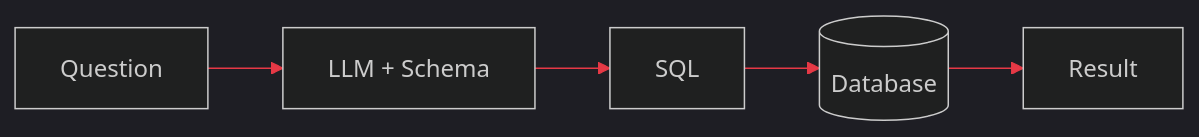
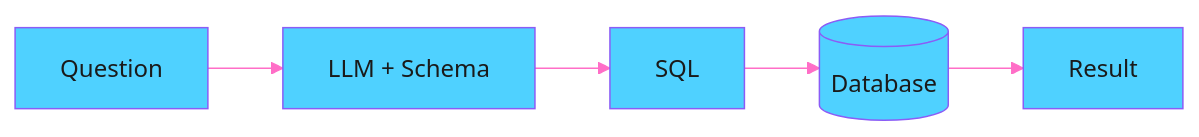
The second of 4 diagrams in README.md (ruthcaroliine/ruthcaroliine), drawn with Mermaid before and after one commit. The commit also changed other lines of this file, not shown here.

````diff
--- a/README.md
+++ b/README.md
@@ -66,8 +81,8 @@
 ```mermaid
-%%{init: {'theme':'dark', 'themeVariables': {'primaryColor':'#000000','primaryTextColor':'#ffffff','primaryBorderColor':'#E63946','lineColor':'#E63946','tertiaryColor':'#000000'}}}%%
+%%{init: {'theme':'base', 'themeVariables': {'primaryColor':'#4FD1FF','primaryTextColor':'#1a1a1a','primaryBorderColor':'#8B5CF6','lineColor':'#FF6EC7','tertiaryColor':'#e0f7ff'}}}%%
 flowchart LR
     A[Question] --> B[LLM + Schema]
     B --> C[SQL]
     C --> D[(Database)]
     D --> E[Result]
 ```
````
